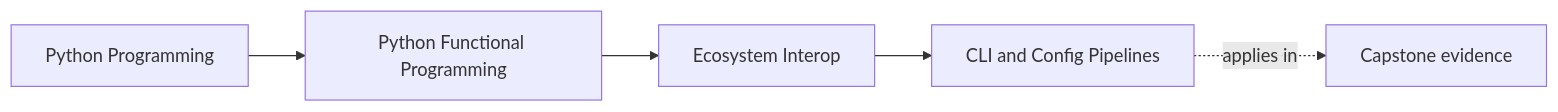
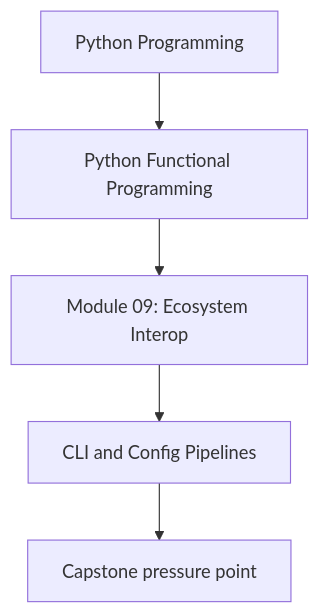
Before and after one commit to bijux/bijux-masterclass: the first of 2 diagrams in programs/python-programming/python-functional-programming/course-book/module-09-ecosystem-interop/cli-and-config-pipelines.md, drawn with Mermaid. The commit also changed other lines of this file and 118 other files, not shown here.

Commit message:
docs(python-functional-programming): align concept page diagrams

````diff
--- a/programs/python-programming/python-functional-programming/course-book/module-09-ecosystem-interop/cli-and-config-pipelines.md
+++ b/programs/python-programming/python-functional-programming/course-book/module-09-ecosystem-interop/cli-and-config-pipelines.md
@@ -6,11 +6,7 @@
 ```mermaid
-graph LR
-  family["Python Programming"]
-  program["Python Functional Programming"]
-  section["Ecosystem Interop"]
-  page["CLI and Config Pipelines"]
-  capstone["Capstone evidence"]
-
-  family --> program --> section --> page
-  page -.applies in.-> capstone
+flowchart TD
+  family["Python Programming"] --> program["Python Functional Programming"]
+  program --> module["Module 09: Ecosystem Interop"]
+  module --> concept["CLI and Config Pipelines"]
+  concept --> capstone["Capstone pressure point"]
 ```
````
